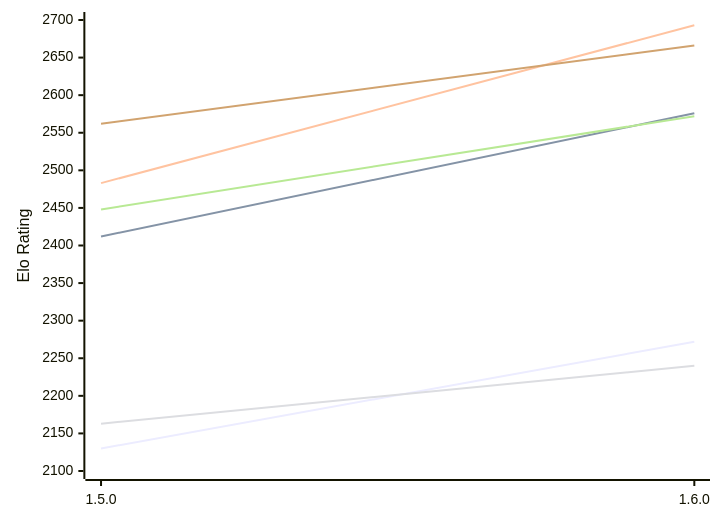
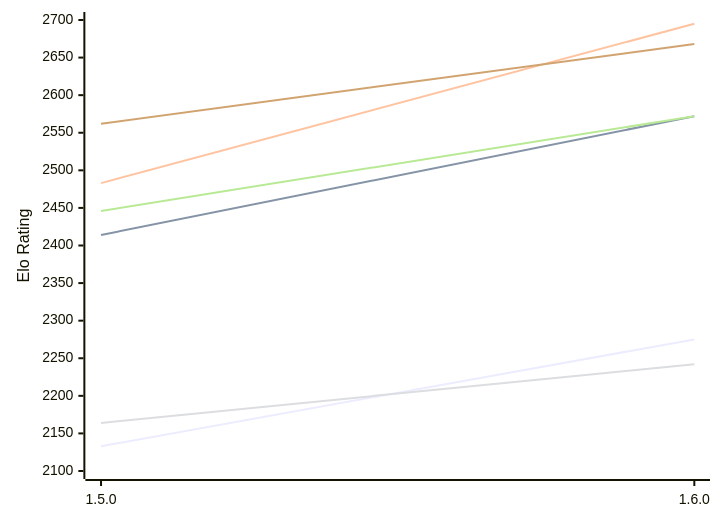
The first of 2 diagrams in engines/Tofiks.md (computer-chess-index/cci), drawn with Mermaid before and after one commit. The commit also changed other lines of this file, not shown here.

Commit message:
Update CCI Ratings (ELO VLTC) - 2026-11-26

````diff
--- a/engines/Tofiks.md
+++ b/engines/Tofiks.md
@@ -51,12 +51,12 @@
 ```mermaid
 %%{init: {"theme":"base","themeVariables":{"seriesColors:['#a3a3a3','#222221','#faa371']}}}%%
 xychart-beta
   x-axis ["1.5.0", "1.6.0"]
   y-axis "Elo Rating" 2100 --> 2700
-  line "E1: STC (8.0+0.08s)" [2130, 2272]
-  line "E1: LTC (60.0+0.60s)" [2412, 2576]
-  line "E1: VLTC (2m24s+1.12s)" [2483, 2693]
-  line "P1: STC (8.0+0.08s)" [2163, 2240]
-  line "P1: LTC (60.0+0.60s)" [2448, 2572]
-  line "P1: VLTC (2m24s+1.12s)" [2562, 2666]
+  line "E1: STC (8.0+0.08s)" [2133, 2275]
+  line "E1: LTC (60.0+0.60s)" [2414, 2572]
+  line "E1: VLTC (2m24s+1.12s)" [2483, 2695]
+  line "P1: STC (8.0+0.08s)" [2164, 2242]
+  line "P1: LTC (60.0+0.60s)" [2446, 2572]
+  line "P1: VLTC (2m24s+1.12s)" [2562, 2668]
 ```
````
